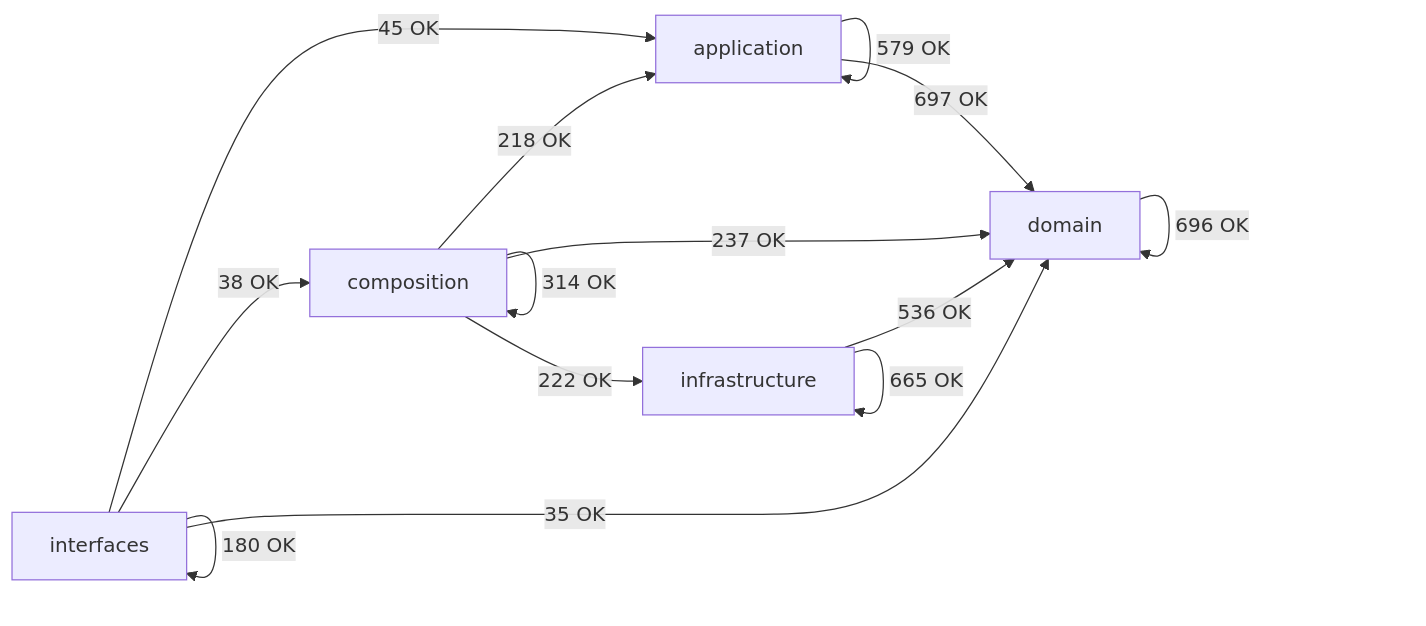
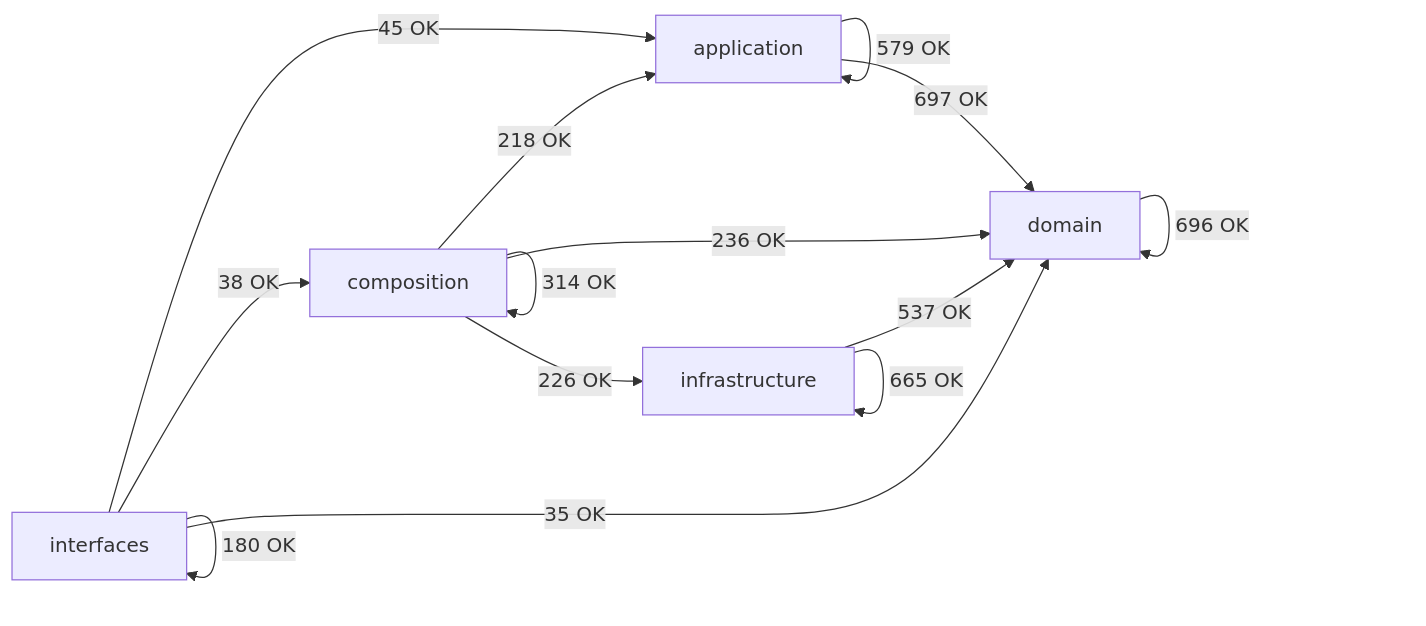
Before and after one commit to SatoryKono/BioactivityDataAcquisition: the diagram in docs/02-architecture/generated/module-dependency-map.md, drawn with Mermaid. The commit also changed other lines of this file and 92 other files, not shown here.

````diff
--- a/docs/02-architecture/generated/module-dependency-map.md
+++ b/docs/02-architecture/generated/module-dependency-map.md
@@ -16,21 +16,21 @@
 ```mermaid
 flowchart LR
     domain[domain]
     application[application]
     infrastructure[infrastructure]
     composition[composition]
     interfaces[interfaces]
     application -->|579 OK| application
     application -->|697 OK| domain
     composition -->|218 OK| application
     composition -->|314 OK| composition
-    composition -->|237 OK| domain
-    composition -->|222 OK| infrastructure
+    composition -->|236 OK| domain
+    composition -->|226 OK| infrastructure
     domain -->|696 OK| domain
-    infrastructure -->|536 OK| domain
+    infrastructure -->|537 OK| domain
     infrastructure -->|665 OK| infrastructure
     interfaces -->|45 OK| application
     interfaces -->|38 OK| composition
     interfaces -->|35 OK| domain
     interfaces -->|180 OK| interfaces
 ```
````
